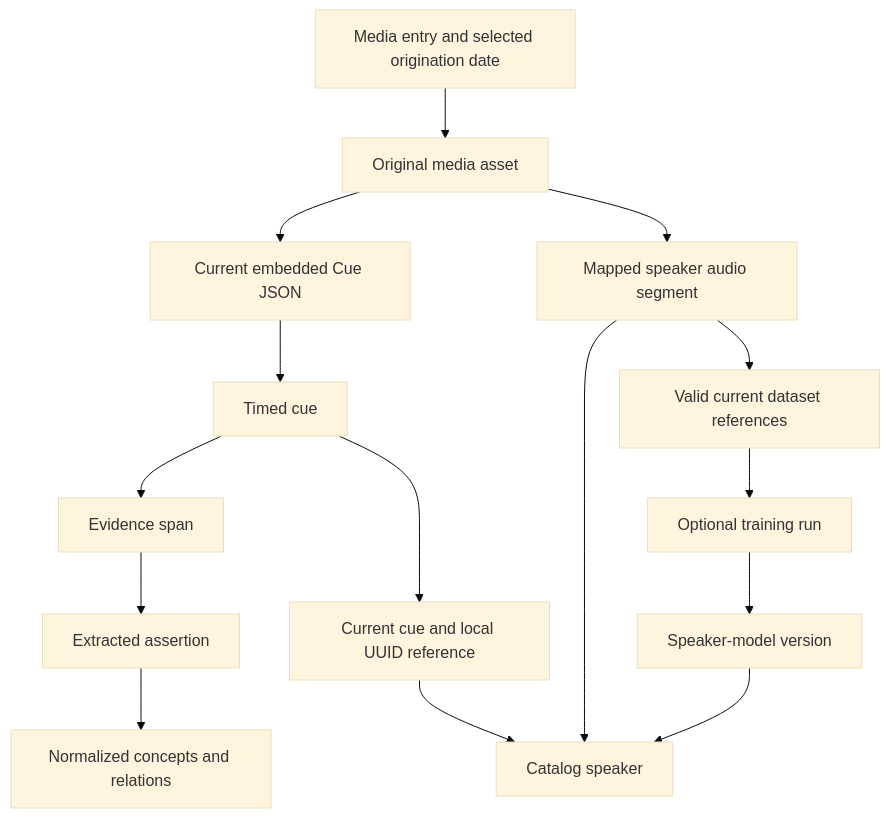
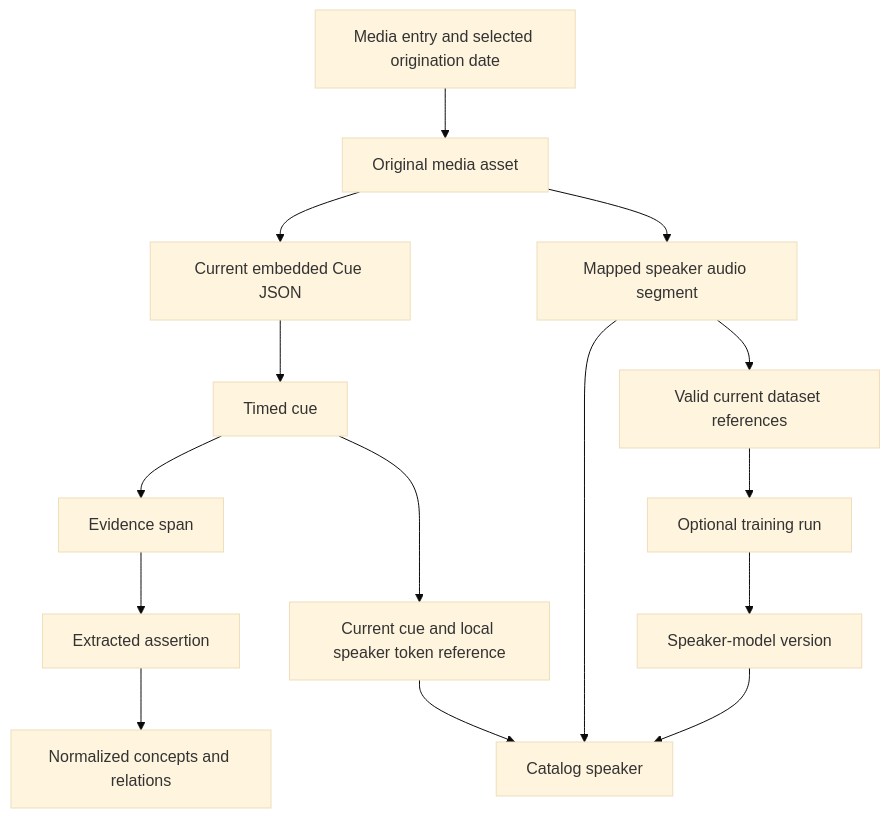
Before and after one commit to shruggietech/insonic: the diagram in docs/v0.0.0/graph.md, drawn with Mermaid (base theme). The commit also changed other lines of this file and 94 other files, not shown here.

````diff
--- a/docs/v0.0.0/graph.md
+++ b/docs/v0.0.0/graph.md
@@ -7,17 +7,17 @@
 ```mermaid
 flowchart TB
   Media[Media entry and selected origination date] --> Asset[Original media asset]
   Asset --> Transcript[Current embedded Cue JSON]
   Transcript --> Cue[Timed cue]
   Cue --> Evidence[Evidence span]
-  Cue --> Voice[Current cue and local UUID reference]
+  Cue --> Voice[Current cue and local speaker token reference]
   Voice --> Speaker[Catalog speaker]
   Asset --> Segment[Mapped speaker audio segment]
   Segment --> Speaker
   Segment --> Dataset[Valid current dataset references]
   Dataset --> Run[Optional training run]
   Run --> Model[Speaker-model version]
   Model --> Speaker
   Evidence --> Assertion[Extracted assertion]
   Assertion --> Concept[Normalized concepts and relations]
 ```
````
